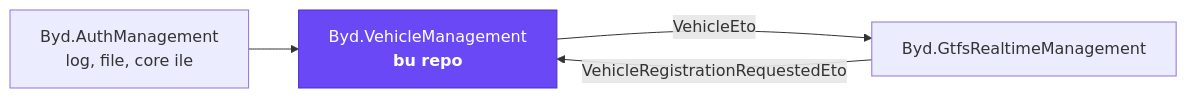
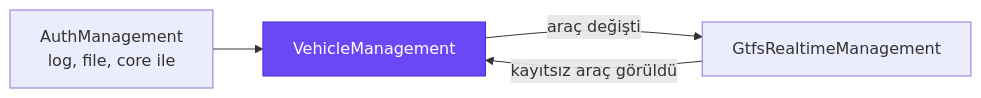
The first of 3 diagrams in README.md (mertbyd/byd-vehicle-management-api), drawn with Mermaid before and after one commit. The commit also changed other lines of this file, not shown here.

````diff
--- a/README.md
+++ b/README.md
@@ -27,7 +6,7 @@
 ```mermaid
 flowchart LR
-    AUTH[Byd.AuthManagement<br/>log, file, core ile] --> VEH[Byd.VehicleManagement<br/><b>bu repo</b>]
-    RT[Byd.GtfsRealtimeManagement] -- "VehicleRegistrationRequestedEto" --> VEH
-    VEH -- "VehicleEto" --> RT
+    AUTH[AuthManagement<br/>log, file, core ile] --> VEH[VehicleManagement]
+    RT[GtfsRealtimeManagement] -- "kayıtsız araç görüldü" --> VEH
+    VEH -- "araç değişti" --> RT
     style VEH fill:#6a48f5,color:#fff,stroke:#4a2fd0
 ```
````
